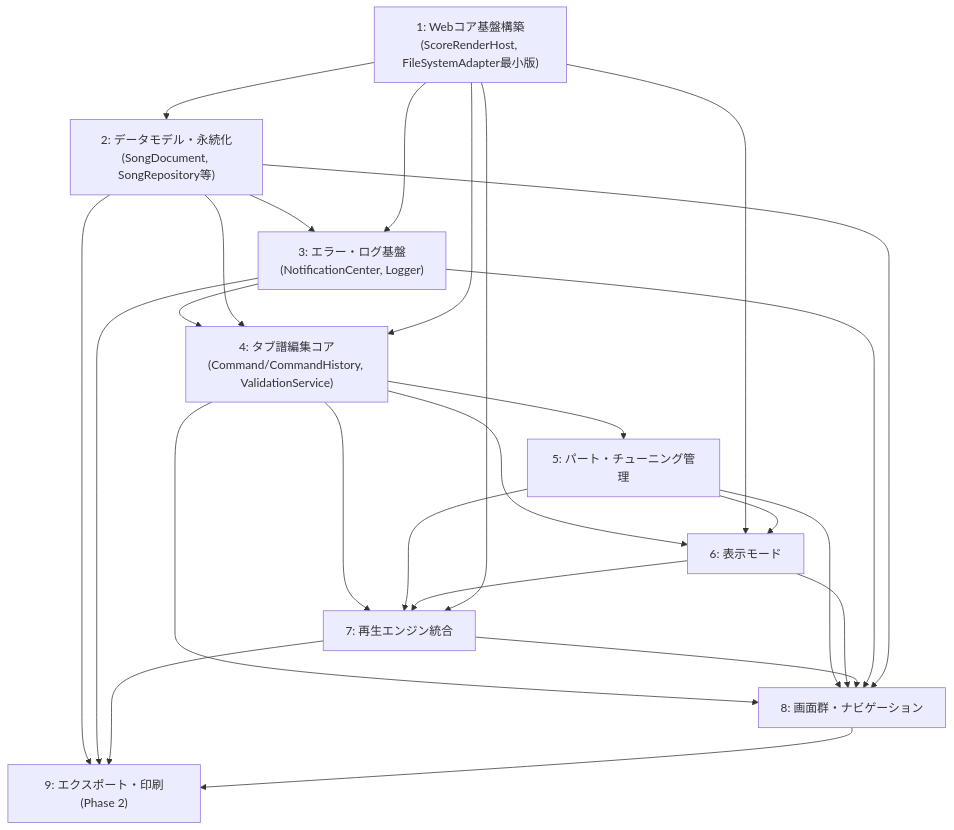
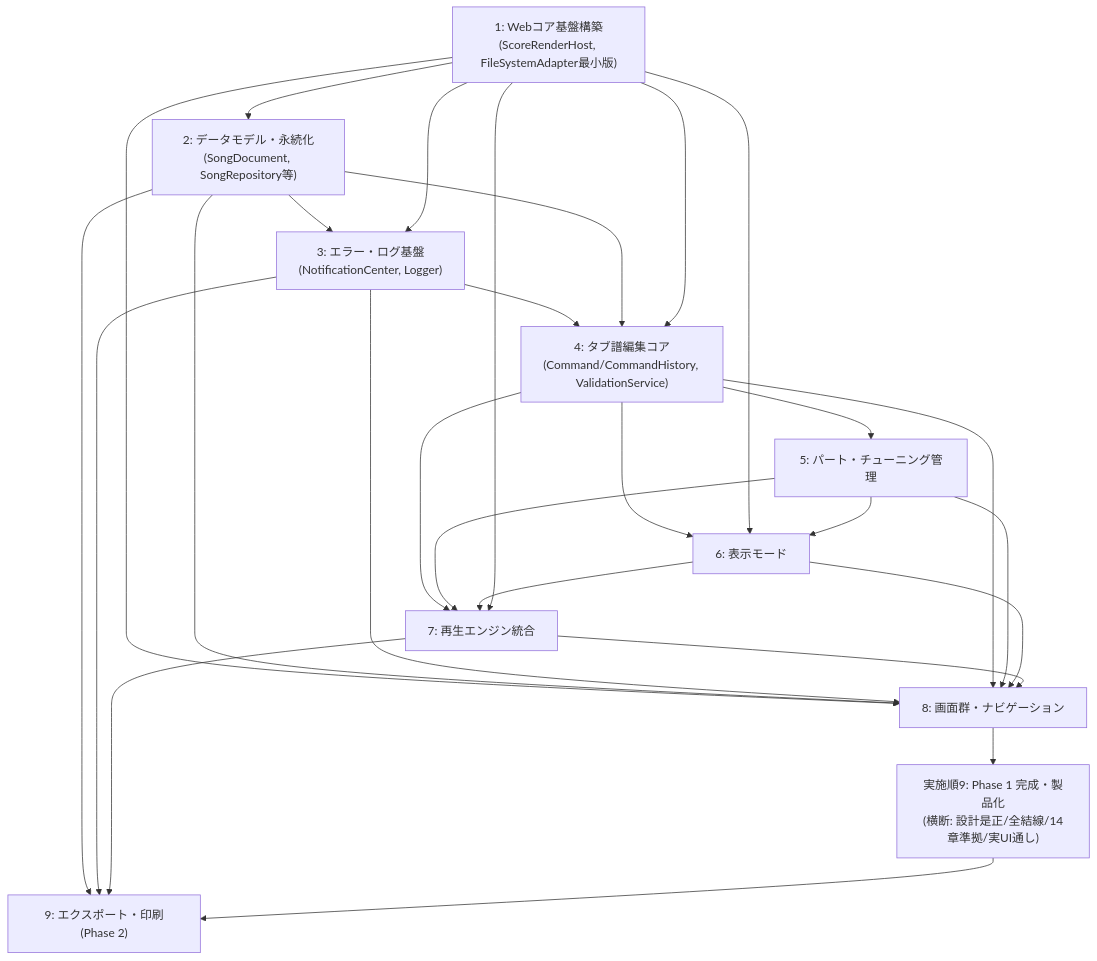
One commit to ippoooooshi/RiFF-LiNE changed the diagram in docs/detailed_design/00_reference.md. Above: the diagram before and after it, drawn with Mermaid. The commit also changed other lines of this file and 20 other files, not shown here.

````diff
--- a/docs/detailed_design/00_reference.md
+++ b/docs/detailed_design/00_reference.md
@@ -252,37 +252,41 @@
 ```mermaid
 flowchart TB
     P1["1: Webコア基盤構築\n(ScoreRenderHost, FileSystemAdapter最小版)"]
     P2["2: データモデル・永続化\n(SongDocument, SongRepository等)"]
     P3["3: エラー・ログ基盤\n(NotificationCenter, Logger)"]
     P4["4: タブ譜編集コア\n(Command/CommandHistory, ValidationService)"]
     P5["5: パート・チューニング管理"]
     P6["6: 表示モード"]
     P7["7: 再生エンジン統合"]
     P8["8: 画面群・ナビゲーション"]
     P9["9: エクスポート・印刷(Phase 2)"]
+    PP["実施順9: Phase 1 完成・製品化
+(横断: 設計是正/全結線/14章準拠/実UI通し)"]
 
     P1 --> P2
     P2 --> P3
     P1 --> P3
     P3 --> P4
     P2 --> P4
     P1 --> P4
     P4 --> P5
     P4 --> P6
     P1 --> P6
     P5 --> P6
     P4 --> P7
     P5 --> P7
     P6 --> P7
     P1 --> P7
+    P1 --> P8
+    P2 --> P8
+    P3 --> P8
     P4 --> P8
     P5 --> P8
     P6 --> P8
     P7 --> P8
-    P3 --> P8
-    P2 --> P8
     P2 --> P9
     P3 --> P9
     P7 --> P9
-    P8 --> P9
+    P8 --> PP
+    PP --> P9
 ```
````
